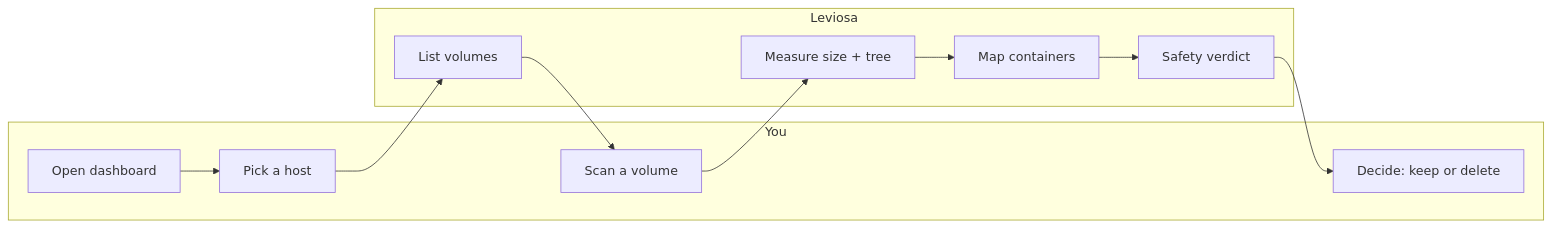
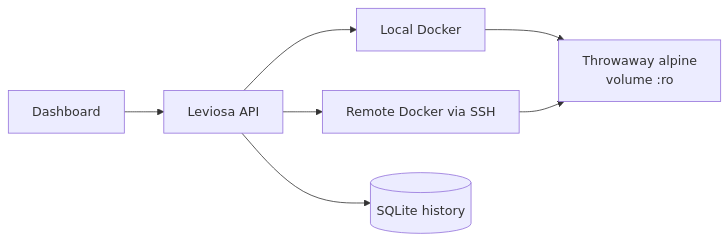
Before and after one commit to imohit159/docker-leviosa: the first of 2 diagrams in README.md, drawn with Mermaid. The commit also changed other lines of this file, not shown here.

````diff
--- a/README.md
+++ b/README.md
@@ -40,20 +38,9 @@
 ```mermaid
 flowchart LR
-  subgraph You
-    A[Open dashboard]
-    B[Pick a host]
-    C[Scan a volume]
-    D[Decide: keep or delete]
-  end
-
-  subgraph Leviosa
-    E[List volumes]
-    F[Measure size + tree]
-    G[Map containers]
-    H[Safety verdict]
-  end
-
-  A --> B --> E
-  E --> C --> F
-  F --> G --> H --> D
+  UI[Dashboard] --> API[Leviosa API]
+  API --> Local[Local Docker]
+  API --> SSH[Remote Docker via SSH]
+  API --> DB[(SQLite history)]
+  Local --> Sidecar[Throwaway alpine<br/>volume :ro]
+  SSH --> Sidecar
 ```
````
